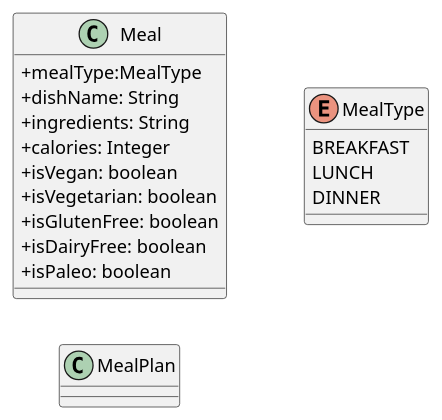
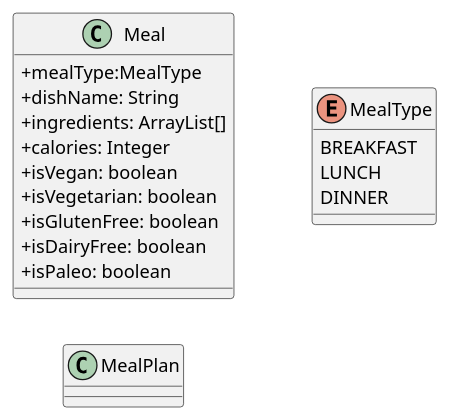
One commit to aykoda/healthy-food-api changed the diagram in src/main/java/Meal.puml. Above: the diagram before and after it, drawn with PlantUML.

Commit message:
Initial Diagram

```diff
--- a/src/main/java/Meal.puml
+++ b/src/main/java/Meal.puml
@@ -1,30 +1,30 @@
 @startuml
 'https://plantuml.com/class-diagram
 skinparam classAttributeIconSize 0
 
 left to right direction
 
 class Meal {
 +mealType:MealType
 +dishName: String
-+ingredients: String
++ingredients: ArrayList[]
 +calories: Integer
 +isVegan: boolean
 +isVegetarian: boolean
 +isGlutenFree: boolean
 +isDairyFree: boolean
 +isPaleo: boolean
 
 }
 
 class MealPlan{
 
 }
 
 enum MealType {
 BREAKFAST
 LUNCH
 DINNER
 }
 
 @enduml
```
